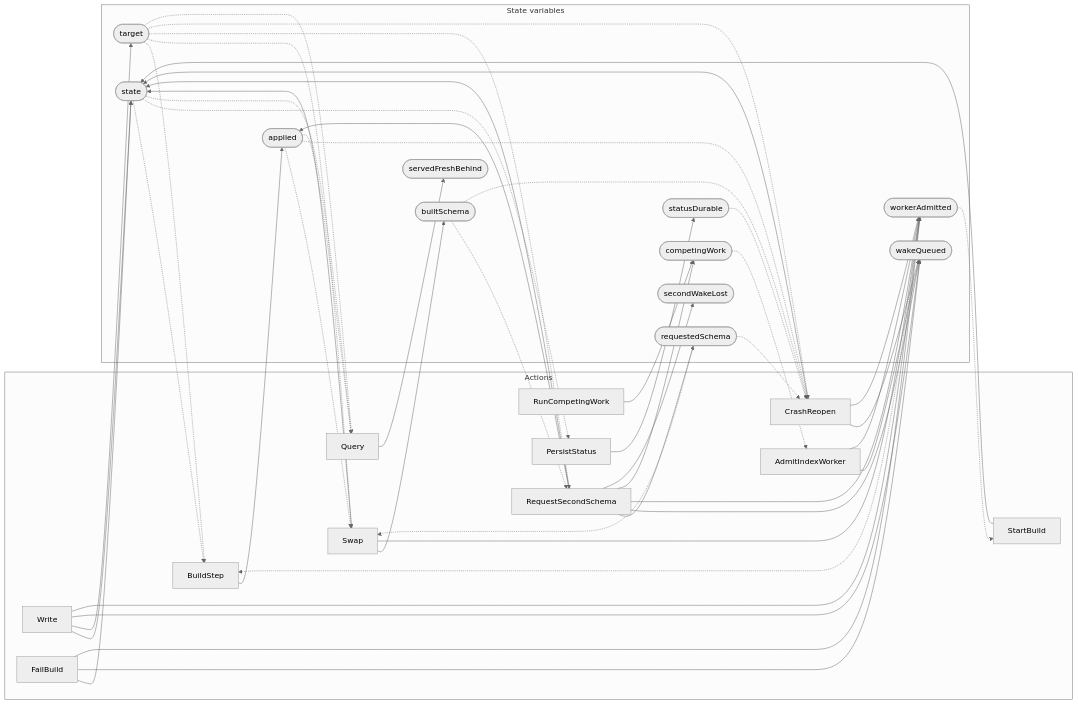
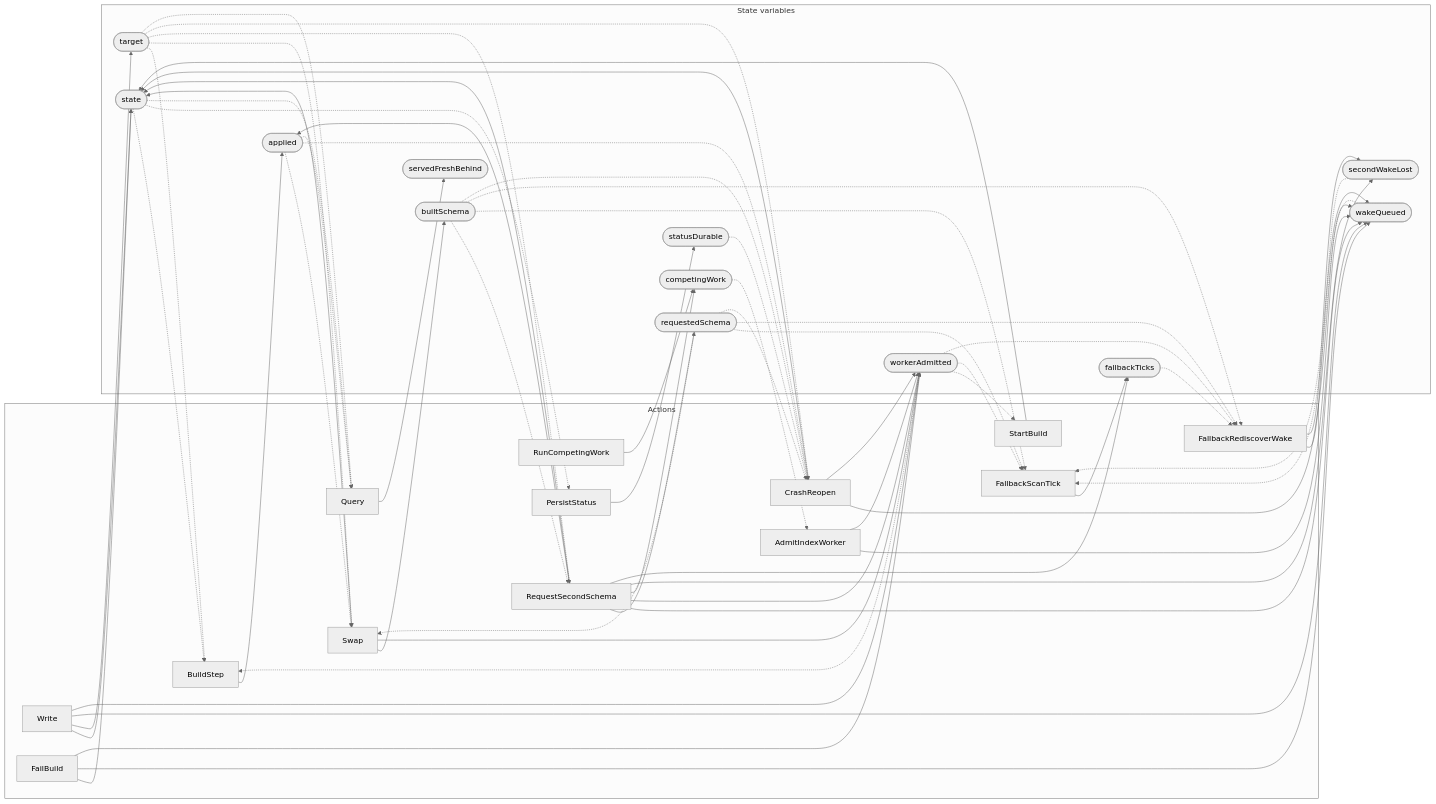
The second of 2 diagrams in zig/specs/tla/diagrams/storage/db/AntflyIndexLifecycle.md (dovinmu/antfly), drawn with Mermaid (neutral theme) before and after one commit. The commit also changed other lines of this file and 27 other files, not shown here.

````diff
--- a/zig/specs/tla/diagrams/storage/db/AntflyIndexLifecycle.md
+++ b/zig/specs/tla/diagrams/storage/db/AntflyIndexLifecycle.md
@@ -71,9 +73,11 @@
         a5[Swap]
         a6[FailBuild]
         a7[RequestSecondSchema]
-        a8[PersistStatus]
-        a9[CrashReopen]
-        a10[Query]
+        a8[FallbackScanTick]
+        a9[FallbackRediscoverWake]
+        a10[PersistStatus]
+        a11[CrashReopen]
+        a12[Query]
     end
     subgraph state["State variables"]
         v0([state])
@@ -85,8 +89,9 @@
         v6([requestedSchema])
         v7([builtSchema])
         v8([secondWakeLost])
-        v9([statusDurable])
-        v10([servedFreshBehind])
+        v9([fallbackTicks])
+        v10([statusDurable])
+        v11([servedFreshBehind])
     end
     a0 --> v0
     a0 --> v1
@@ -118,20 +123,33 @@
     a7 --> v3
     a7 --> v4
     a7 --> v8
+    a7 --> v9
     v1 -.-> a7
     v7 -.-> a7
     a8 --> v9
-    v0 -.-> a8
-    a9 --> v0
+    v6 -.-> a8
+    v7 -.-> a8
+    v2 -.-> a8
+    v3 -.-> a8
+    v8 -.-> a8
     a9 --> v2
-    a9 --> v3
-    v5 -.-> a9
-    v1 -.-> a9
-    v9 -.-> a9
+    a9 --> v8
     v6 -.-> a9
     v7 -.-> a9
+    v3 -.-> a9
+    v9 -.-> a9
     a10 --> v10
     v0 -.-> a10
-    v5 -.-> a10
-    v1 -.-> a10
+    a11 --> v0
+    a11 --> v2
+    a11 --> v3
+    v5 -.-> a11
+    v1 -.-> a11
+    v10 -.-> a11
+    v6 -.-> a11
+    v7 -.-> a11
+    a12 --> v11
+    v0 -.-> a12
+    v5 -.-> a12
+    v1 -.-> a12
 ```
````
